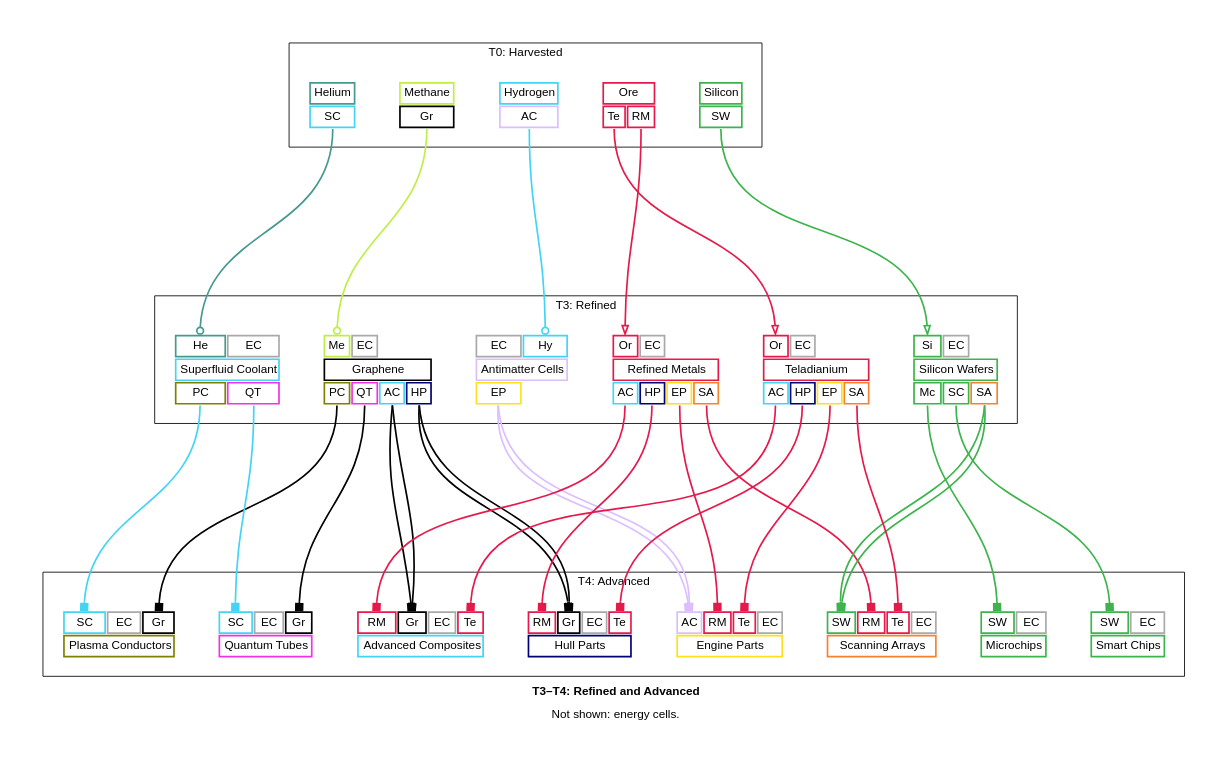
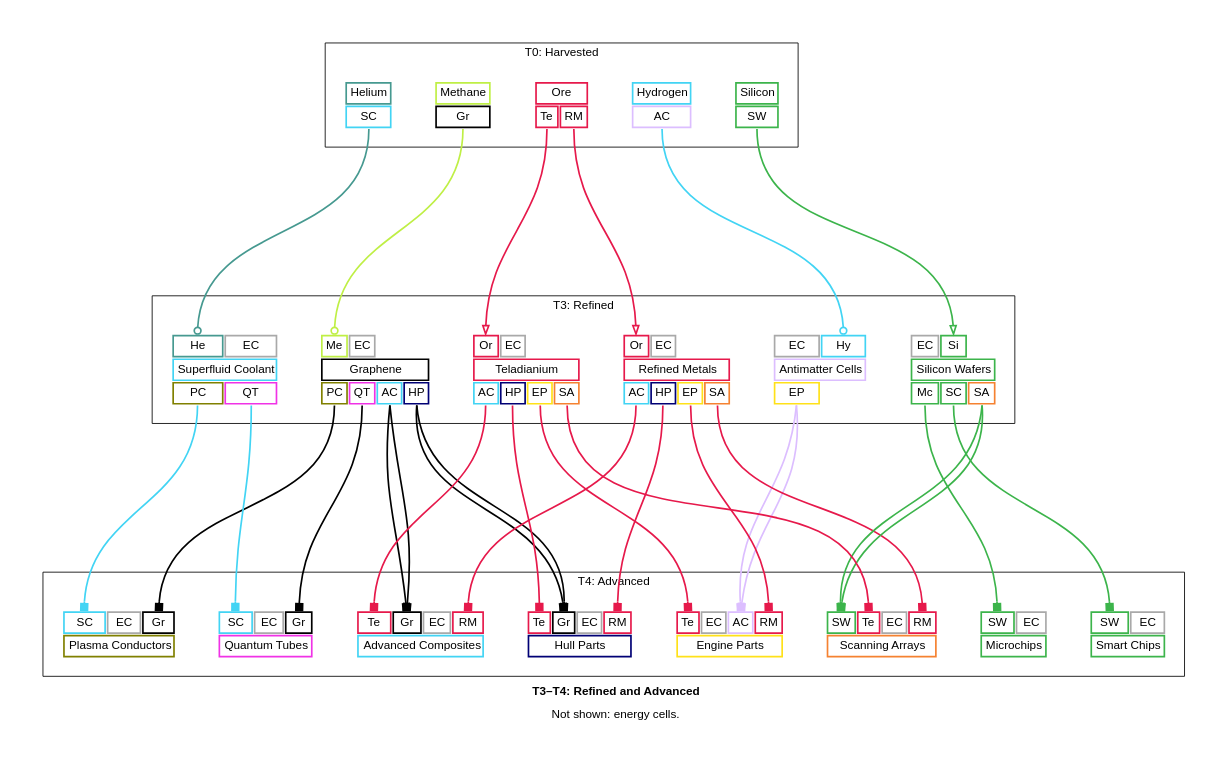
The diagram in docs/t3_t4_refined_and_advanced_graph_simplified.dot (borntyping/x4-diagrams), drawn with Graphviz before and after one commit. The commit also changed other lines of this file and 72 other files, not shown here.

Commit message:
Show spice recipe on food diagrams

```diff
--- a/docs/t3_t4_refined_and_advanced_graph_simplified.dot
+++ b/docs/t3_t4_refined_and_advanced_graph_simplified.dot
@@ -156,9 +156,9 @@
   
     <tr>
       
+        <td align="text" bgcolor="white" color="#a9a9a9" port="energy_cells">EC</td>
+      
         <td align="text" bgcolor="white" color="#3cb44b" port="silicon">Si</td>
-      
-        <td align="text" bgcolor="white" color="#a9a9a9" port="energy_cells">EC</td>
       
     </tr>
   
@@ -234,13 +234,13 @@
   
     <tr>
       
-        <td align="text" bgcolor="white" color="#e6194B" port="refined_metals">RM</td>
+        <td align="text" bgcolor="white" color="#e6194B" port="teladianium">Te</td>
       
         <td align="text" bgcolor="white" color="#000000" port="graphene">Gr</td>
       
         <td align="text" bgcolor="white" color="#a9a9a9" port="energy_cells">EC</td>
       
-        <td align="text" bgcolor="white" color="#e6194B" port="teladianium">Te</td>
+        <td align="text" bgcolor="white" color="#e6194B" port="refined_metals">RM</td>
       
     </tr>
   
@@ -253,13 +253,13 @@
   
     <tr>
       
+        <td align="text" bgcolor="white" color="#e6194B" port="teladianium">Te</td>
+      
+        <td align="text" bgcolor="white" color="#a9a9a9" port="energy_cells">EC</td>
+      
         <td align="text" bgcolor="white" color="#dcbeff" port="antimatter_cells">AC</td>
       
         <td align="text" bgcolor="white" color="#e6194B" port="refined_metals">RM</td>
-      
-        <td align="text" bgcolor="white" color="#e6194B" port="teladianium">Te</td>
-      
-        <td align="text" bgcolor="white" color="#a9a9a9" port="energy_cells">EC</td>
       
     </tr>
   
@@ -272,13 +272,13 @@
   
     <tr>
       
-        <td align="text" bgcolor="white" color="#e6194B" port="refined_metals">RM</td>
+        <td align="text" bgcolor="white" color="#e6194B" port="teladianium">Te</td>
       
         <td align="text" bgcolor="white" color="#000000" port="graphene">Gr</td>
       
         <td align="text" bgcolor="white" color="#a9a9a9" port="energy_cells">EC</td>
       
-        <td align="text" bgcolor="white" color="#e6194B" port="teladianium">Te</td>
+        <td align="text" bgcolor="white" color="#e6194B" port="refined_metals">RM</td>
       
     </tr>
   
@@ -342,11 +342,11 @@
       
         <td align="text" bgcolor="white" color="#3cb44b" port="silicon_wafers">SW</td>
       
-        <td align="text" bgcolor="white" color="#e6194B" port="refined_metals">RM</td>
-      
         <td align="text" bgcolor="white" color="#e6194B" port="teladianium">Te</td>
       
         <td align="text" bgcolor="white" color="#a9a9a9" port="energy_cells">EC</td>
+      
+        <td align="text" bgcolor="white" color="#e6194B" port="refined_metals">RM</td>
       
     </tr>
   
```
